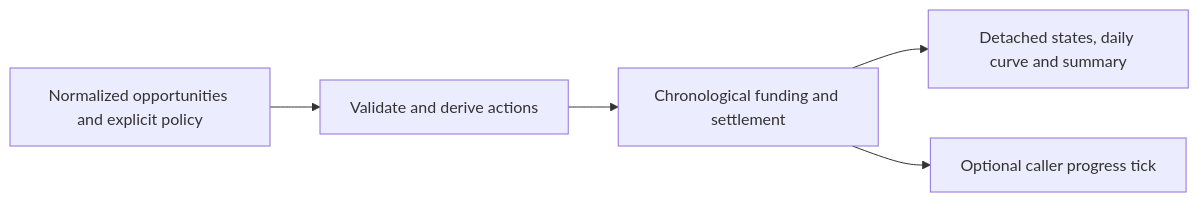
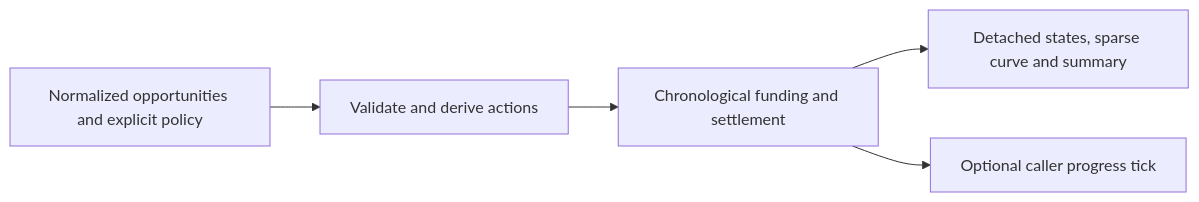
Before and after one commit to yshewchuk/investment-validation: the diagram in engine/v2/evaluation/ARCHITECTURE.md, drawn with Mermaid. The commit also changed other lines of this file and 1 other file, not shown here.

Commit message:
docs(evaluation): clarify settlement retries and sparse curves

````diff
--- a/engine/v2/evaluation/ARCHITECTURE.md
+++ b/engine/v2/evaluation/ARCHITECTURE.md
@@ -41,7 +43,7 @@
 ```mermaid
 flowchart LR
     A[Normalized opportunities and explicit policy] --> B[Validate and derive actions]
     B --> C[Chronological funding and settlement]
-    C --> D[Detached states, daily curve and summary]
+    C --> D[Detached states, sparse curve and summary]
     C --> E[Optional caller progress tick]
 ```
````
